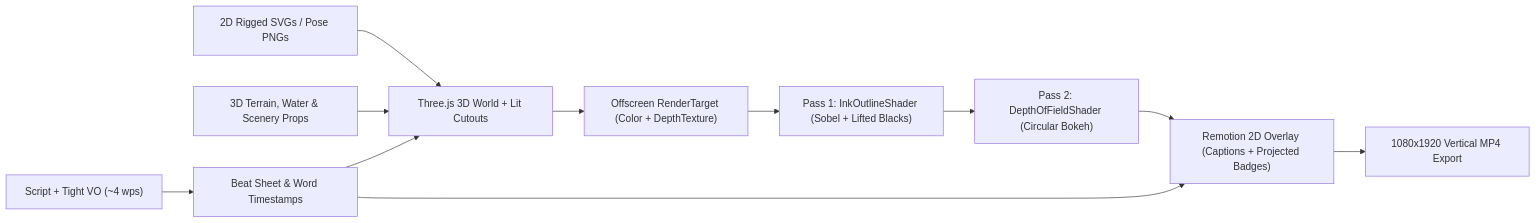
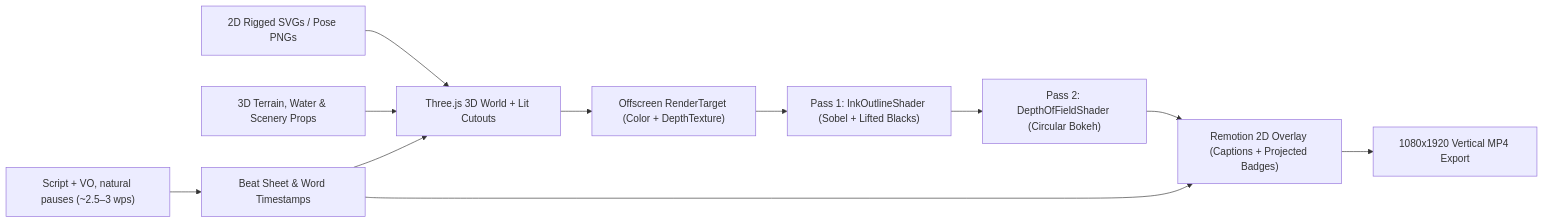
One commit to daffadaris/dino-series changed the first of 3 diagrams in ANIMATION_GUIDE.md. Above: the diagram before and after it, drawn with Mermaid. The commit also changed other lines of this file and 3 other files, not shown here.

````diff
--- a/ANIMATION_GUIDE.md
+++ b/ANIMATION_GUIDE.md
@@ -13,13 +13,13 @@
 ```mermaid
 flowchart LR
-    A["Script + Tight VO (~4 wps)"] --> B["Beat Sheet & Word Timestamps"]
+    A["Script + VO, natural pauses (~2.5–3 wps)"] --> B["Beat Sheet & Word Timestamps"]
     C["2D Rigged SVGs / Pose PNGs"] --> D["Three.js 3D World + Lit Cutouts"]
     E["3D Terrain, Water & Scenery Props"] --> D
     B --> D
     D --> F["Offscreen RenderTarget (Color + DepthTexture)"]
     F --> G["Pass 1: InkOutlineShader (Sobel + Lifted Blacks)"]
     G --> H["Pass 2: DepthOfFieldShader (Circular Bokeh)"]
     H --> I["Remotion 2D Overlay (Captions + Projected Badges)"]
     B --> I
     I --> J["1080x1920 Vertical MP4 Export"]
 ```
````
